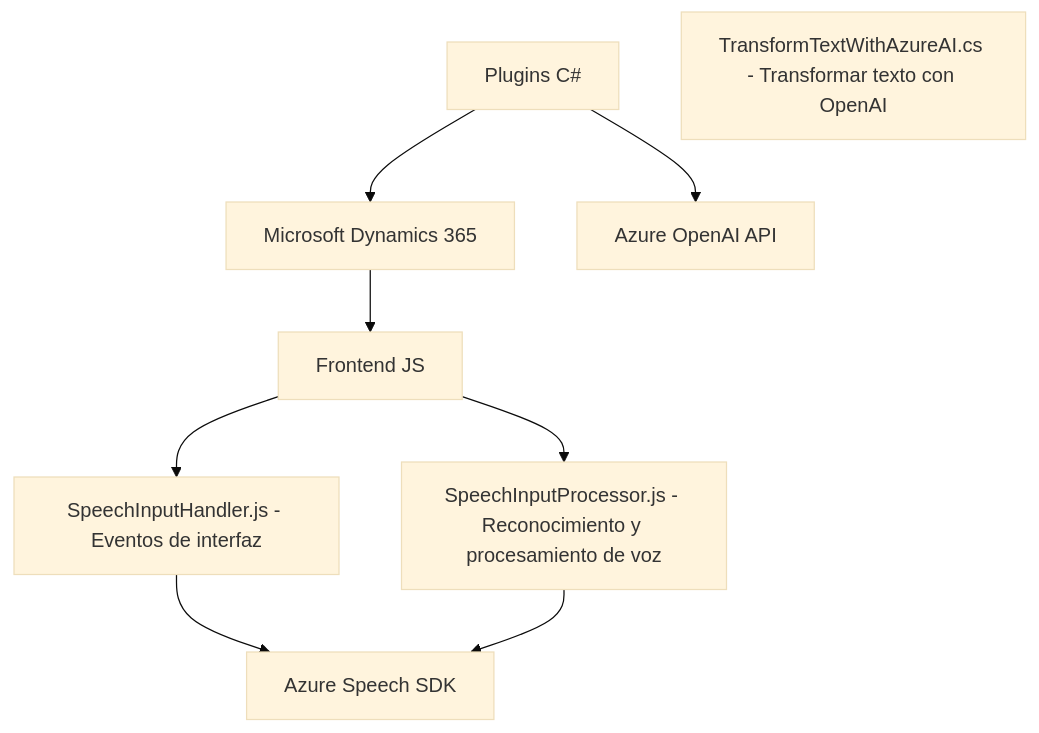
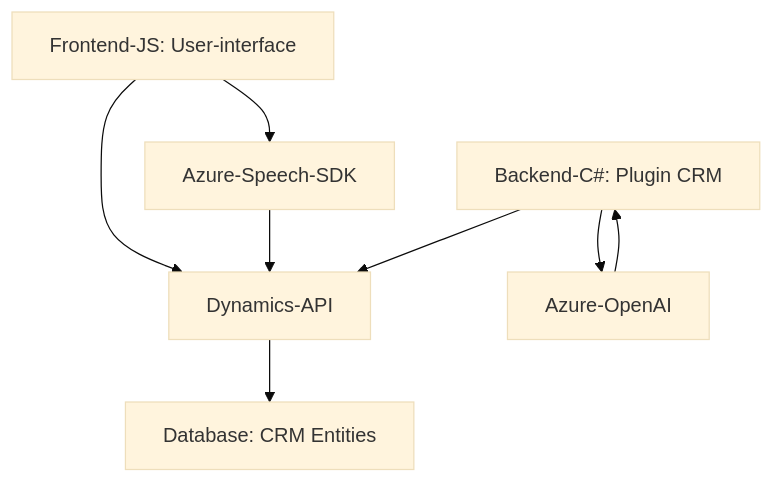
The diagram in README.md (blopezdm/NETCORE_BILBAO2025), drawn with Mermaid (base theme) before and after one commit. The commit also changed other lines of this file, not shown here.

Commit message:
Actualizar análisis global de la solución con IA

````diff
--- a/README.md
+++ b/README.md
@@ -36,19 +50,12 @@
 ```mermaid
 graph TD
-    A["Microsoft Dynamics 365"]
-    B["Frontend JS"]
-    C["SpeechInputHandler.js - Eventos de interfaz"]
-    D["SpeechInputProcessor.js - Reconocimiento y procesamiento de voz"]
-    E["Azure Speech SDK"]
-    F["Plugins C#"]
-    G["TransformTextWithAzureAI.cs - Transformar texto con OpenAI"]
-    H["Azure OpenAI API"]
+    A["Frontend-JS: User-interface"] --> B["Azure-Speech-SDK"]
+    A --> C["Dynamics-API"]
+    B --> C
 
-    A --> B
-    B --> C
-    B --> D
-    C --> E
-    D --> E
-    F --> A
-    F --> H
+    D["Backend-C#: Plugin CRM"] --> E["Azure-OpenAI"]
+    E --> D
+    D --> C
+
+    C --> F["Database: CRM Entities"]
 ```
````
